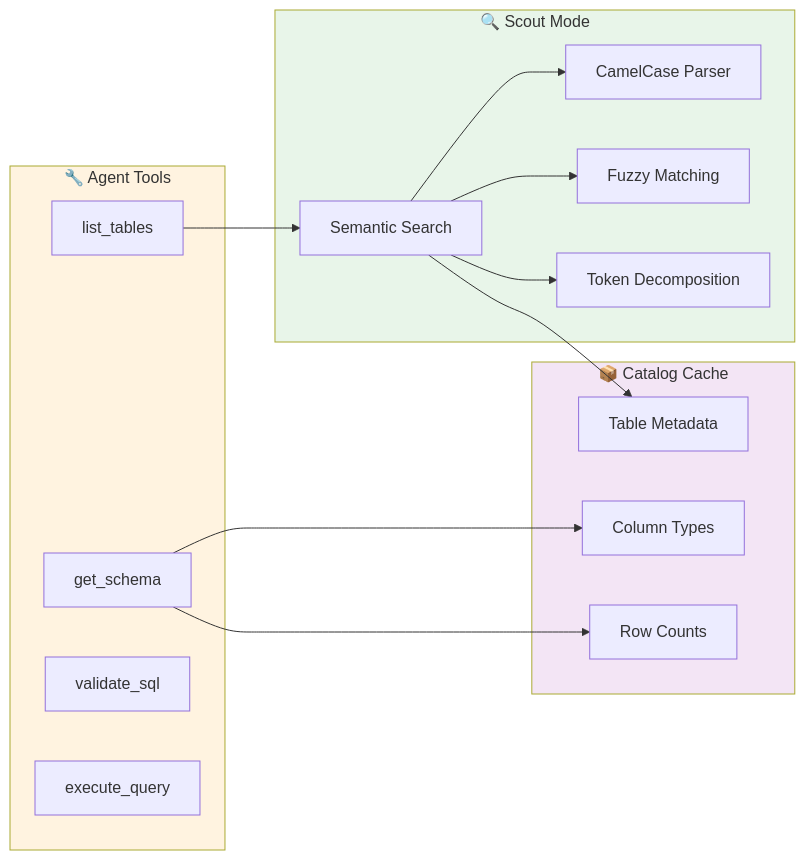
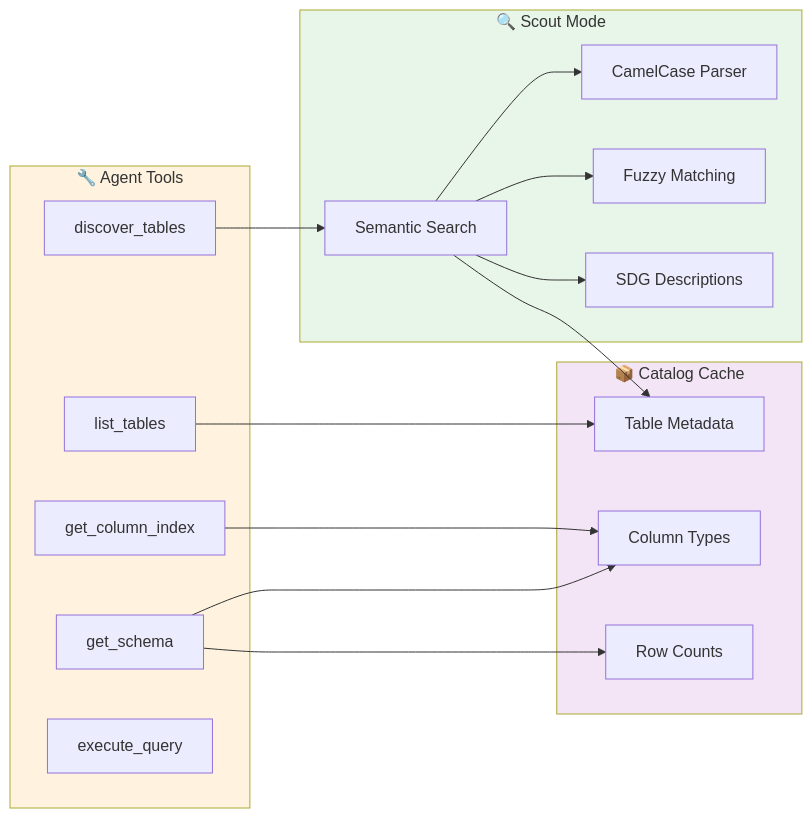
One commit to julianus-kath/proactive-context-learning changed the third of 3 diagrams in README.md. Above: the diagram before and after it, drawn with Mermaid. The commit also changed other lines of this file and 96 other files, not shown here.

````diff
--- a/README.md
+++ b/README.md
@@ -124,34 +158,37 @@
 ```mermaid
 flowchart LR
     subgraph Tools["🔧 Agent Tools"]
-        T1[list_tables]
-        T2[get_schema]
-        T3[validate_sql]
-        T4[execute_query]
+        T1[discover_tables]
+        T2[list_tables]
+        T3[get_schema]
+        T4[get_column_index]
+        T5[execute_query]
     end
 
     subgraph Scout["🔍 Scout Mode"]
         S1[Semantic Search]
         S2[CamelCase Parser]
         S3[Fuzzy Matching]
-        S4[Token Decomposition]
+        S4[SDG Descriptions]
     end
 
     subgraph Cache["📦 Catalog Cache"]
         C1[Table Metadata]
         C2[Column Types]
         C3[Row Counts]
     end
 
     T1 --> S1
     S1 --> S2
     S1 --> S3
     S1 --> S4
     S1 --> C1
-    T2 --> C2
-    T2 --> C3
+    T2 --> C1
+    T3 --> C2
+    T3 --> C3
+    T4 --> C2
 
     style Tools fill:#fff3e0
     style Scout fill:#e8f5e9
     style Cache fill:#f3e5f5
 ```
````
